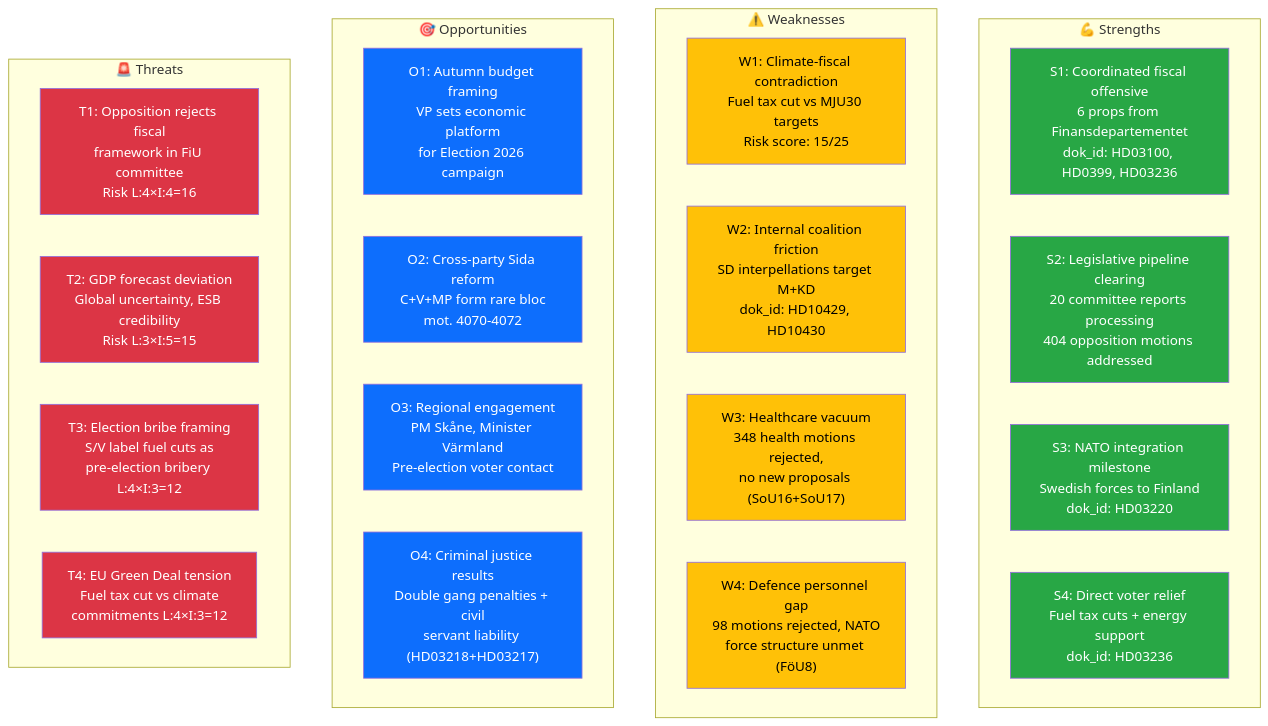
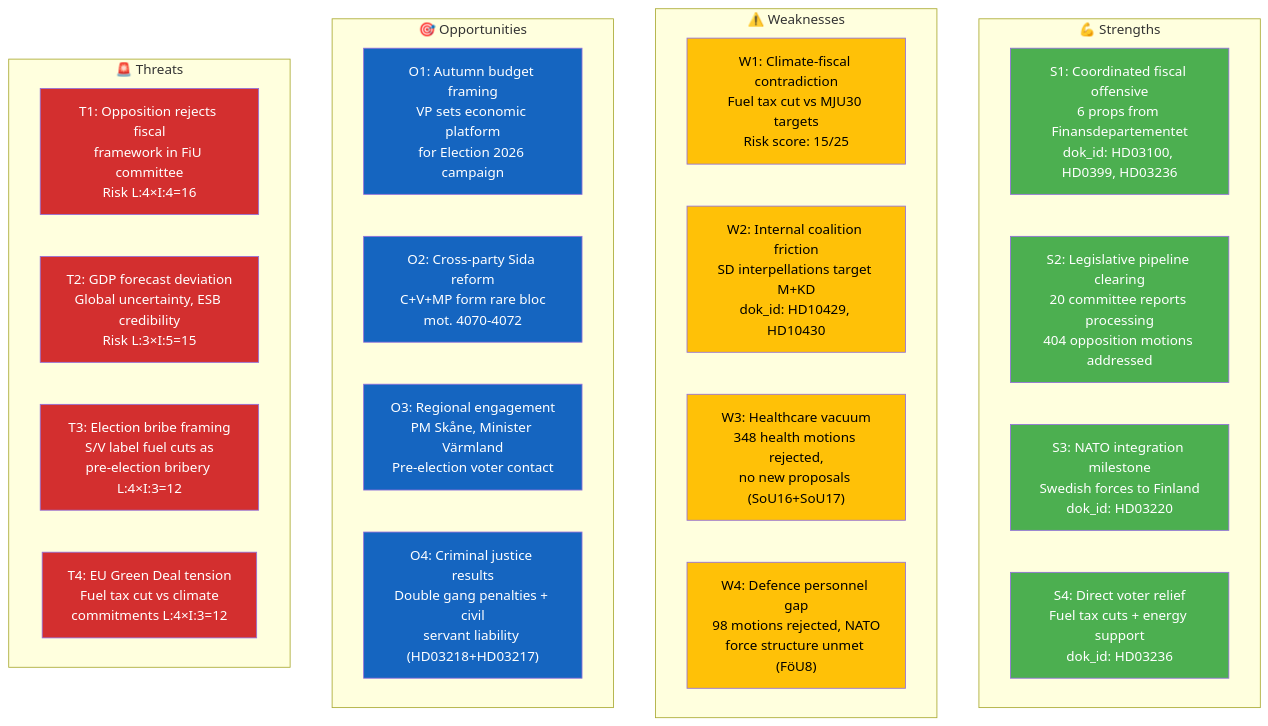
The diagram in analysis/daily/2026-04-13/evening-analysis/swot-analysis.md (Hack23/riksdagsmonitor), drawn with Mermaid before and after one commit. The commit also changed 785 other files, not shown here.

First line of the commit message:
Normalize mermaid colors across 786 analysis artifacts to ISMS Style Guide palette

````diff
--- a/analysis/daily/2026-04-13/evening-analysis/swot-analysis.md
+++ b/analysis/daily/2026-04-13/evening-analysis/swot-analysis.md
@@ -16,43 +16,43 @@
 ```mermaid
 graph TD
     subgraph "💪 Strengths"
         STR1["S1: Coordinated fiscal offensive<br/>6 props from Finansdepartementet<br/>dok_id: HD03100, HD0399, HD03236"]
         STR2["S2: Legislative pipeline clearing<br/>20 committee reports processing<br/>404 opposition motions addressed"]
         STR3["S3: NATO integration milestone<br/>Swedish forces to Finland<br/>dok_id: HD03220"]
         STR4["S4: Direct voter relief<br/>Fuel tax cuts + energy support<br/>dok_id: HD03236"]
     end
     subgraph "⚠️ Weaknesses"
         W1["W1: Climate-fiscal contradiction<br/>Fuel tax cut vs MJU30 targets<br/>Risk score: 15/25"]
         W2["W2: Internal coalition friction<br/>SD interpellations target M+KD<br/>dok_id: HD10429, HD10430"]
         W3["W3: Healthcare vacuum<br/>348 health motions rejected,<br/>no new proposals (SoU16+SoU17)"]
         W4["W4: Defence personnel gap<br/>98 motions rejected, NATO<br/>force structure unmet (FöU8)"]
     end
     subgraph "🎯 Opportunities"
         O1["O1: Autumn budget framing<br/>VP sets economic platform<br/>for Election 2026 campaign"]
         O2["O2: Cross-party Sida reform<br/>C+V+MP form rare bloc<br/>mot. 4070-4072"]
         O3["O3: Regional engagement<br/>PM Skåne, Minister Värmland<br/>Pre-election voter contact"]
         O4["O4: Criminal justice results<br/>Double gang penalties + civil<br/>servant liability (HD03218+HD03217)"]
     end
     subgraph "🚨 Threats"
         T1["T1: Opposition rejects fiscal<br/>framework in FiU committee<br/>Risk L:4×I:4=16"]
         T2["T2: GDP forecast deviation<br/>Global uncertainty, ESB credibility<br/>Risk L:3×I:5=15"]
         T3["T3: Election bribe framing<br/>S/V label fuel cuts as<br/>pre-election bribery L:4×I:3=12"]
         T4["T4: EU Green Deal tension<br/>Fuel tax cut vs climate<br/>commitments L:4×I:3=12"]
     end
-    style STR1 fill:#28a745,color:#fff
-    style STR2 fill:#28a745,color:#fff
-    style STR3 fill:#28a745,color:#fff
-    style STR4 fill:#28a745,color:#fff
-    style W1 fill:#ffc107,color:#000
-    style W2 fill:#ffc107,color:#000
-    style W3 fill:#ffc107,color:#000
-    style W4 fill:#ffc107,color:#000
-    style O1 fill:#0d6efd,color:#fff
-    style O2 fill:#0d6efd,color:#fff
-    style O3 fill:#0d6efd,color:#fff
-    style O4 fill:#0d6efd,color:#fff
-    style T1 fill:#dc3545,color:#fff
-    style T2 fill:#dc3545,color:#fff
-    style T3 fill:#dc3545,color:#fff
-    style T4 fill:#dc3545,color:#fff
+    style STR1 fill:#4CAF50,color:#FFFFFF
+    style STR2 fill:#4CAF50,color:#FFFFFF
+    style STR3 fill:#4CAF50,color:#FFFFFF
+    style STR4 fill:#4CAF50,color:#FFFFFF
+    style W1 fill:#FFC107,color:#000000
+    style W2 fill:#FFC107,color:#000000
+    style W3 fill:#FFC107,color:#000000
+    style W4 fill:#FFC107,color:#000000
+    style O1 fill:#1565C0,color:#FFFFFF
+    style O2 fill:#1565C0,color:#FFFFFF
+    style O3 fill:#1565C0,color:#FFFFFF
+    style O4 fill:#1565C0,color:#FFFFFF
+    style T1 fill:#D32F2F,color:#FFFFFF
+    style T2 fill:#D32F2F,color:#FFFFFF
+    style T3 fill:#D32F2F,color:#FFFFFF
+    style T4 fill:#D32F2F,color:#FFFFFF
 ```
````
